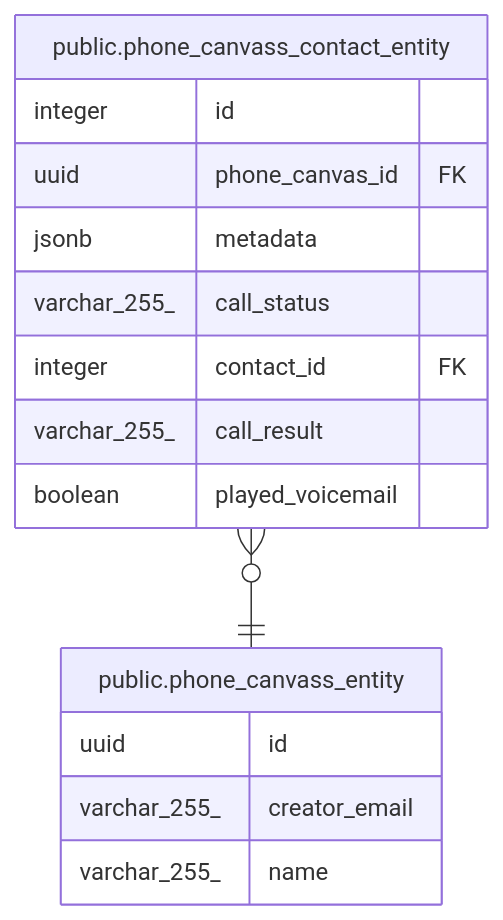
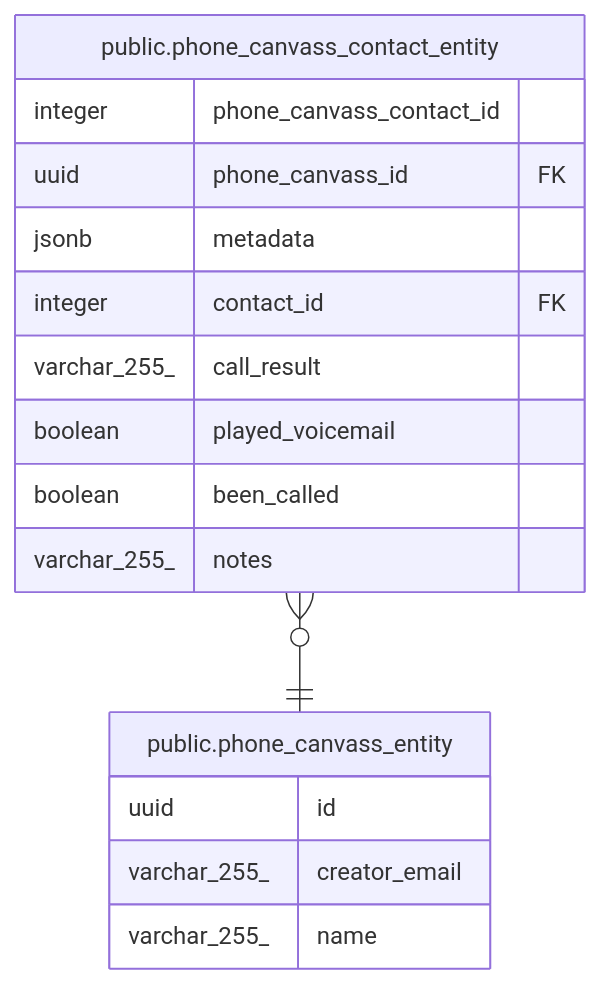
One commit to gpo/grassroots changed the diagram in doc/schema/public.phone_canvass_entity.md. Above: the diagram before and after it, drawn with Mermaid. The commit also changed 6 other files, not shown here.

````diff
--- a/doc/schema/public.phone_canvass_entity.md
+++ b/doc/schema/public.phone_canvass_entity.md
@@ -30,20 +30,21 @@
 ```mermaid
 erDiagram
 
 "public.phone_canvass_contact_entity" }o--|| "public.phone_canvass_entity" : ""
 
 "public.phone_canvass_entity" {
   uuid id
   varchar_255_ creator_email
   varchar_255_ name
 }
 "public.phone_canvass_contact_entity" {
-  integer id
-  uuid phone_canvas_id FK
+  integer phone_canvass_contact_id
+  uuid phone_canvass_id FK
   jsonb metadata
-  varchar_255_ call_status
   integer contact_id FK
   varchar_255_ call_result
   boolean played_voicemail
+  boolean been_called
+  varchar_255_ notes
 }
 ```
````
